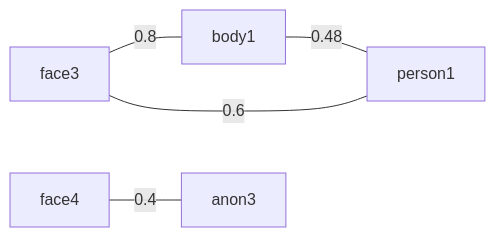
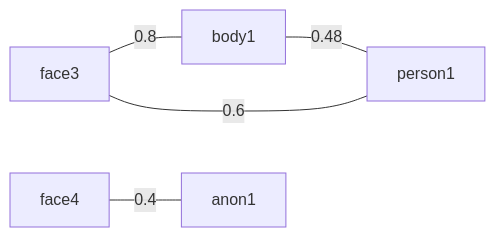
Before and after one commit to ros4hri/hri_person_manager: diagram 18 of 34 in test/test-graphs.md, drawn with Mermaid. The commit also changed other lines of this file and 8 other files, not shown here.

First line of the commit message:
C++ impl complete, based on boost::graph

````diff
--- a/test/test-graphs.md
+++ b/test/test-graphs.md
@@ -231,8 +239,8 @@
 ``` mermaid
 graph LR
 
 face3 ---|0.8| body1
 face3 ---|0.6| person1
 body1 ---|0.48| person1
-face4 ---|0.4| anon3
+face4 ---|0.4| anon1
 ```
````
